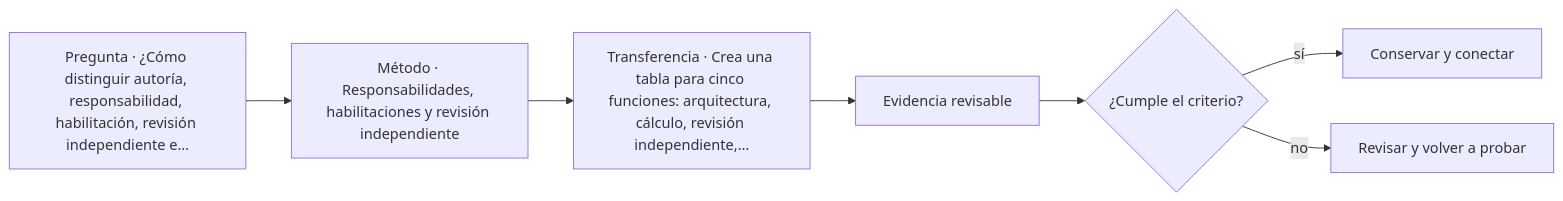
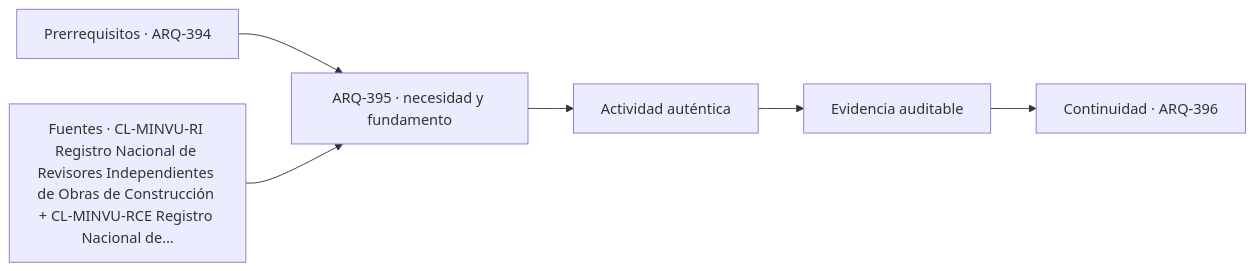
Before and after one commit to vladimiracunadev-create/architecture-built-environment-learning-program: the diagram in classes/parte-40/ARQ-395.md, drawn with Mermaid. The commit also changed other lines of this file and 761 other files, not shown here.

````diff
--- a/classes/parte-40/ARQ-395.md
+++ b/classes/parte-40/ARQ-395.md
@@ -91,9 +103,8 @@
 ```mermaid
 flowchart LR
-    Q["Pregunta · ¿Cómo distinguir autoría, responsabilidad, habilitación, revisión independiente e…"] --> M["Método · Responsabilidades, habilitaciones y revisión independiente"]
-    M --> P["Transferencia · Crea una tabla para cinco funciones: arquitectura, cálculo, revisión independiente,…"]
-    P --> E["Evidencia revisable"]
-    E --> C{"¿Cumple el criterio?"}
-    C -->|sí| T["Conservar y conectar"]
-    C -->|no| R["Revisar y volver a probar"]
+    A["Prerrequisitos · ARQ-394"] --> B["ARQ-395 · necesidad y fundamento"]
+    S["Fuentes · CL-MINVU-RI Registro Nacional de Revisores Independientes de Obras de Construcción + CL-MINVU-RCE Registro Nacional de…"] --> B
+    B --> C["Actividad auténtica"]
+    C --> D["Evidencia auditable"]
+    D --> E["Continuidad · ARQ-396"]
 ```
````
